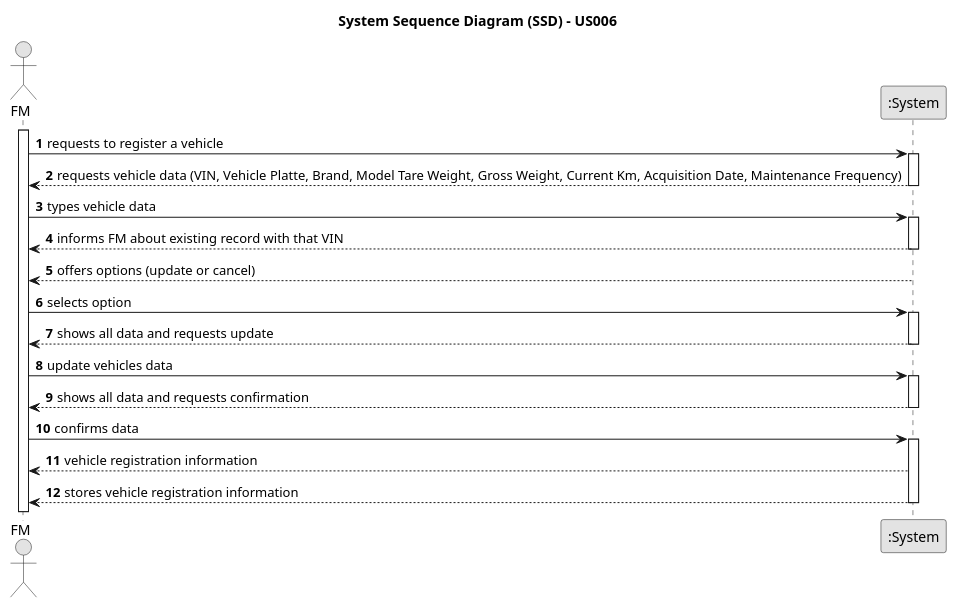
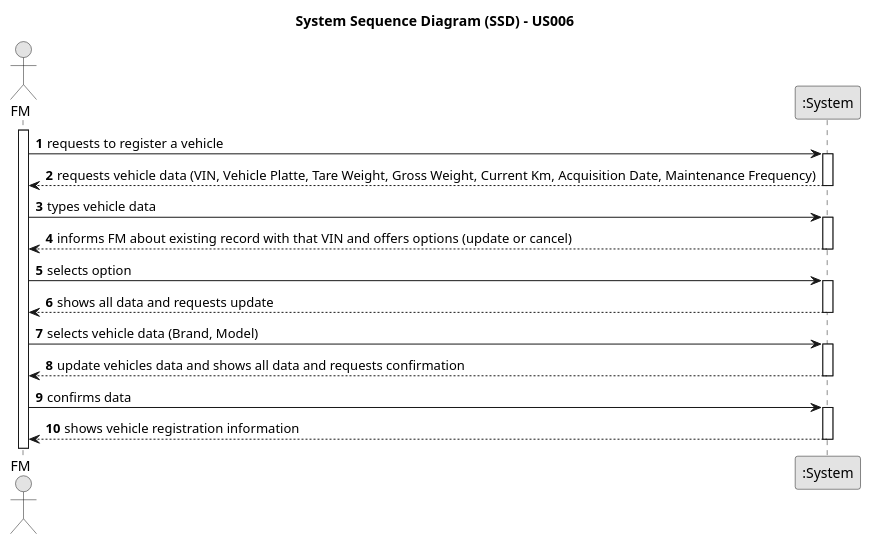
One commit to ricardomm7/leaflink changed the diagram in docs/sprintA/us006/01.requirements-engineering/puml/us006-system-sequence-diagram-alternative-two.puml. Above: the diagram before and after it, drawn with PlantUML. The commit also changed 17 other files, not shown here.

```diff
--- a/docs/sprintA/us006/01.requirements-engineering/puml/us006-system-sequence-diagram-alternative-two.puml
+++ b/docs/sprintA/us006/01.requirements-engineering/puml/us006-system-sequence-diagram-alternative-two.puml
@@ -1,51 +1,48 @@
 @startuml
 skinparam monochrome true
 skinparam packageStyle rectangle
 skinparam shadowing false
 
 title System Sequence Diagram (SSD) - US006
 
 autonumber
 
 actor "FM" as FM
 participant ":System" as System
 
 activate FM
 
     FM -> System : requests to register a vehicle
     activate System
 
-        System --> FM : requests vehicle data (VIN, Vehicle Platte, Brand, Model Tare Weight, Gross Weight, Current Km, Acquisition Date, Maintenance Frequency)
+        System --> FM : requests vehicle data (VIN, Vehicle Platte, Tare Weight, Gross Weight, Current Km, Acquisition Date, Maintenance Frequency)
     deactivate System
 
     FM -> System : types vehicle data
     activate System
 
-        System --> FM : informs FM about existing record with that VIN
+        System --> FM : informs FM about existing record with that VIN and offers options (update or cancel)
     deactivate System
-
-    System --> FM : offers options (update or cancel)
-        deactivate System
 
     FM -> System : selects option
         activate System
 
         System --> FM : shows all data and requests update
     deactivate System
 
-    FM -> System : update vehicles data
-    activate System
+    FM -> System : selects vehicle data (Brand, Model)
+            activate System
 
-    System --> FM : shows all data and requests confirmation
+        System --> FM : update vehicles data and shows all data and requests confirmation
+
     deactivate System
 
     FM -> System : confirms data
     activate System
 
-    System --> FM :  vehicle registration information
-    System --> FM : stores vehicle registration information
+    System --> FM :  shows vehicle registration information
     deactivate System
 
 
 
 @enduml
```
